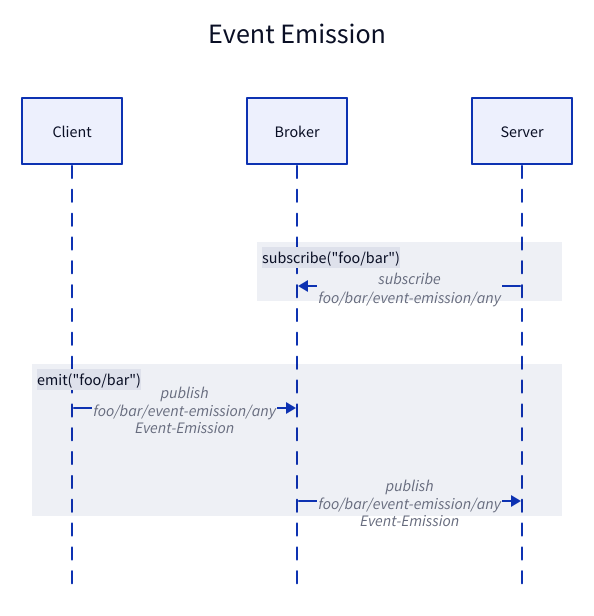
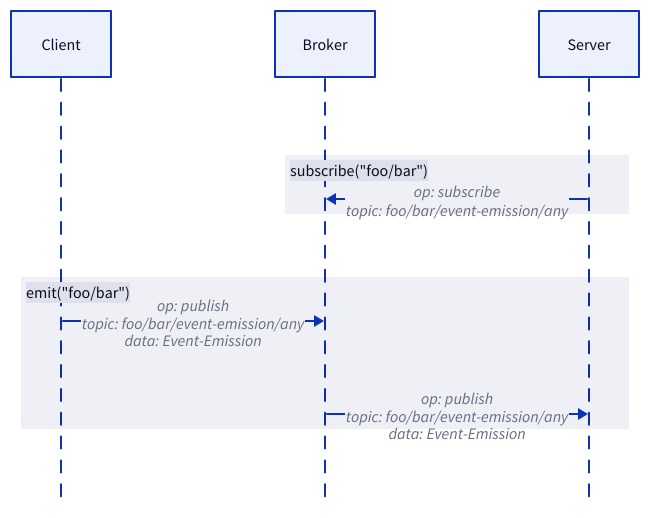
Before and after one commit to rse/mqtt-plus: the diagram in doc/mqtt-plus-1-event-emission.d2, drawn with D2. The commit also changed 7 other files, not shown here.

```diff
--- a/doc/mqtt-plus-1-event-emission.d2
+++ b/doc/mqtt-plus-1-event-emission.d2
@@ -1,18 +1,17 @@
 
-"Event Emission": {
-    shape: sequence_diagram
+shape: sequence_diagram
 
-    client: "Client"
-    broker: "Broker"
-    server: "Server"
+client: "Client"
+broker: "Broker"
+server: "Server"
 
-    broker.class: brown
+broker.class: brown
 
-    "subscribe(\"foo/bar\")": {
-        server -> broker: "subscribe\nfoo/bar/event-emission/any"
-    }
-    "emit(\"foo/bar\")": {
-        client -> broker: "publish\nfoo/bar/event-emission/any\nEvent-Emission"
-        broker -> server: "publish\nfoo/bar/event-emission/any\nEvent-Emission"
-    }
+"subscribe(\"foo/bar\")": {
+    server -> broker: "op: subscribe\ntopic: foo/bar/event-emission/any"
 }
+
+"emit(\"foo/bar\")": {
+    client -> broker: "op: publish\ntopic: foo/bar/event-emission/any\ndata: Event-Emission"
+    broker -> server: "op: publish\ntopic: foo/bar/event-emission/any\ndata: Event-Emission"
+}
```
